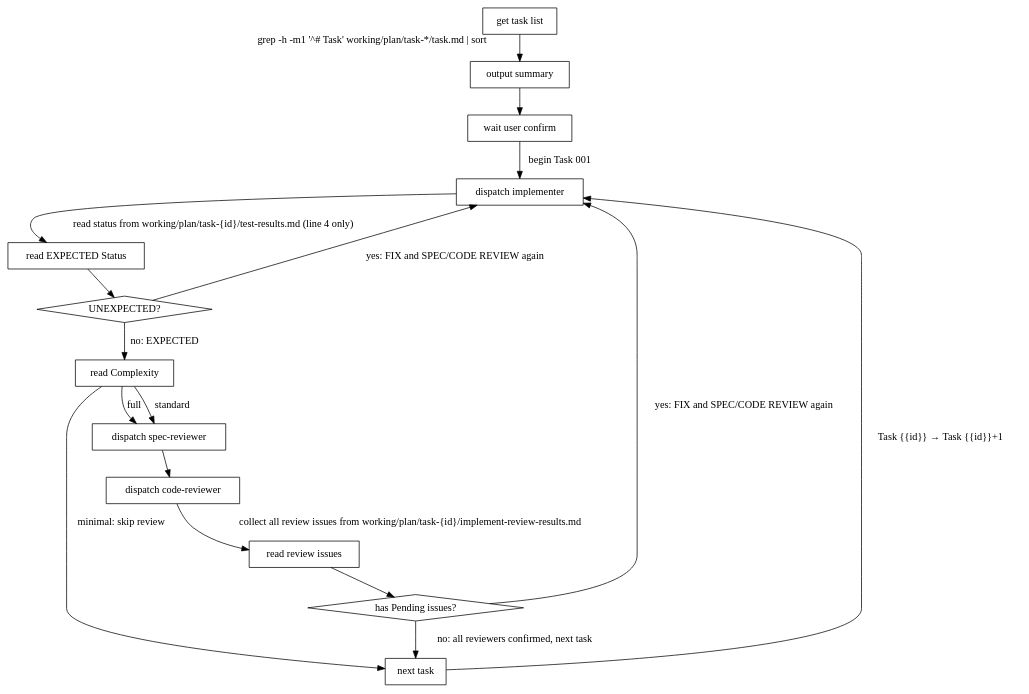
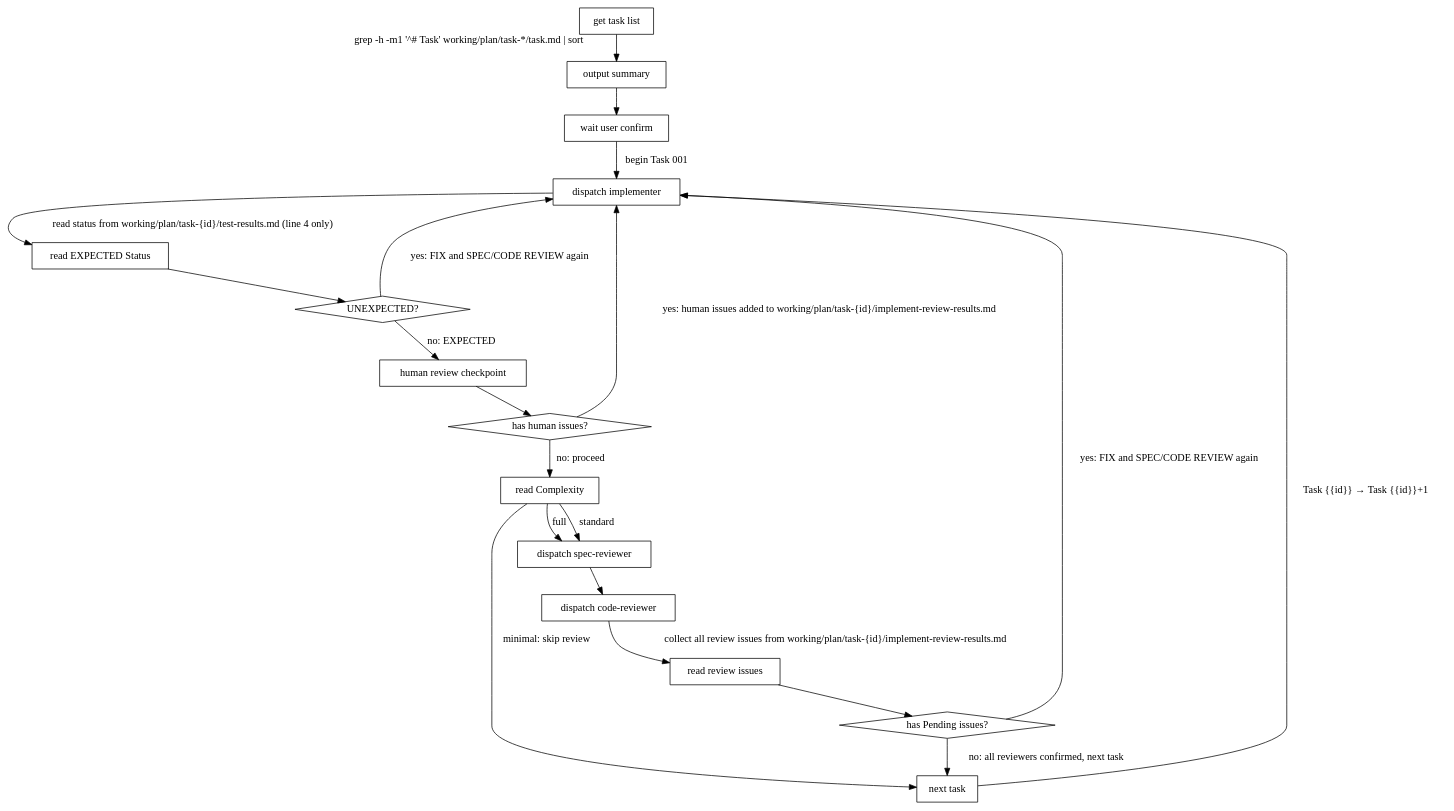
Before and after one commit to yueliang13/metastate: the diagram in dist/coding/skills/executing/SKILL.md, drawn with Graphviz. The commit also changed other lines of this file and 1 other file, not shown here.

Commit message:
human review

````diff
--- a/dist/coding/skills/executing/SKILL.md
+++ b/dist/coding/skills/executing/SKILL.md
@@ -113,38 +113,43 @@
 ```dot
 digraph executing_flow {
   "get task list" [shape=box]
   "output summary" [shape=box]
   "wait user confirm" [shape=box]
   "dispatch implementer" [shape=box]
   "read EXPECTED Status" [shape=box]
   "UNEXPECTED?" [shape=diamond]
+  "human review checkpoint" [shape=box]
   "read Complexity" [shape=box]
+  "has human issues?" [shape=diamond]
 
   "dispatch spec-reviewer" [shape=box]
 
   "dispatch code-reviewer" [shape=box]
 
   "read review issues" [shape=box]
   "has Pending issues?" [shape=diamond]
   "next task" [shape=box]
 
   "get task list" -> "output summary" [taillabel="grep -h -m1 '^# Task' working/plan/task-*/task.md | sort"]
   "output summary" -> "wait user confirm"
   "wait user confirm" -> "dispatch implementer" [label="begin Task 001"]
   "dispatch implementer" -> "read EXPECTED Status" [label="read status from working/plan/task-{id}/test-results.md (line 4 only)"]
   "read EXPECTED Status" -> "UNEXPECTED?"
   "UNEXPECTED?" -> "dispatch implementer" [label="yes: FIX and SPEC/CODE REVIEW again"]
-  "UNEXPECTED?" -> "read Complexity" [label="no: EXPECTED"]
+  "UNEXPECTED?" -> "human review checkpoint" [label="no: EXPECTED"]
+  "human review checkpoint" -> "has human issues?"
+  "has human issues?" -> "dispatch implementer" [label="yes: human issues added to working/plan/task-{id}/implement-review-results.md"]
+  "has human issues?" -> "read Complexity" [label="no: proceed"]
   "read Complexity" -> "dispatch spec-reviewer" [label="full"]
   "read Complexity" -> "dispatch spec-reviewer" [label="standard"]
   "read Complexity" -> "next task" [label="minimal: skip review"]
 
   "dispatch spec-reviewer" -> "dispatch code-reviewer"
 
   "dispatch code-reviewer" -> "read review issues" [label="collect all review issues from working/plan/task-{id}/implement-review-results.md"]
   "read review issues" -> "has Pending issues?"
   "has Pending issues?" -> "dispatch implementer" [label="yes: FIX and SPEC/CODE REVIEW again"]
   "has Pending issues?" -> "next task" [label="no: all reviewers confirmed, next task"]
   "next task" -> "dispatch implementer" [label="Task {{id}} → Task {{id}}+1"]
 }
 ```
````
